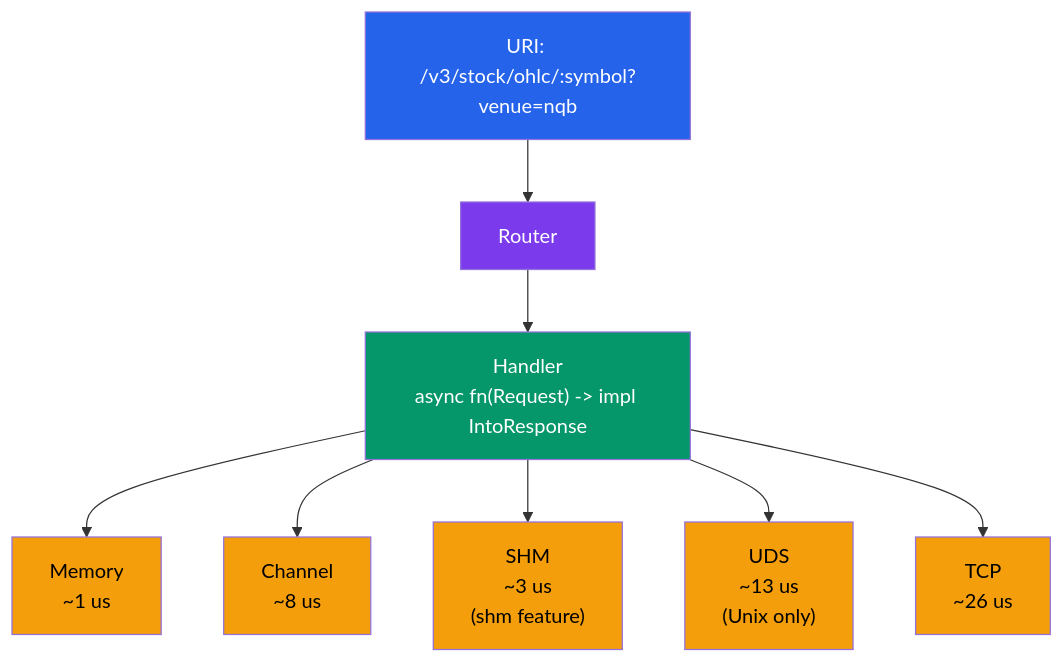
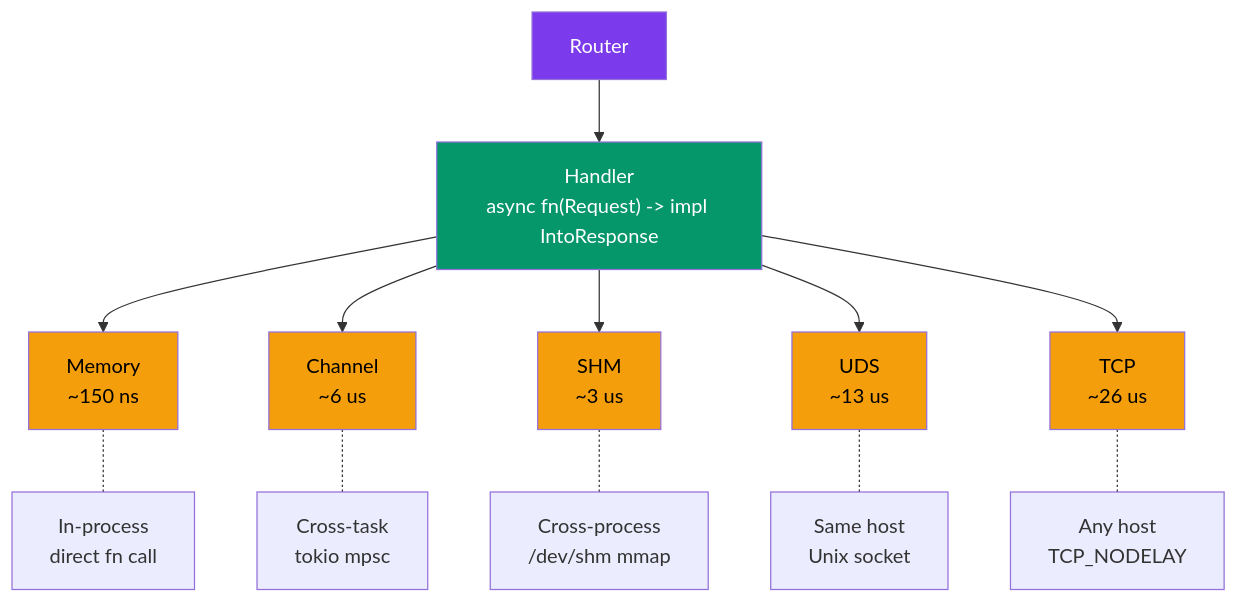
Before and after one commit to userFRM/crossbar: the first of 2 diagrams in README.md, drawn with Mermaid. The commit also changed other lines of this file and 3 other files, not shown here.

````diff
--- a/README.md
+++ b/README.md
@@ -32,20 +117,24 @@
 ```mermaid
 graph TD
-    URI["URI: /v3/stock/ohlc/:symbol?venue=nqb"]
-    URI --> Router
-    Router --> Handler["Handler<br/>async fn(Request) -> impl IntoResponse"]
-    Handler --> Memory["Memory<br/>~1 us"]
-    Handler --> Channel["Channel<br/>~8 us"]
-    Handler --> SHM["SHM<br/>~3 us<br/>(shm feature)"]
-    Handler --> UDS["UDS<br/>~13 us<br/>(Unix only)"]
-    Handler --> TCP["TCP<br/>~26 us"]
+    R["Router"] --> H["Handler<br>async fn(Request) -> impl IntoResponse"]
 
-    style URI fill:#2563eb,color:#fff
-    style Router fill:#7c3aed,color:#fff
-    style Handler fill:#059669,color:#fff
-    style Memory fill:#f59e0b,color:#000
-    style Channel fill:#f59e0b,color:#000
+    H --> M["Memory<br>~150 ns"]
+    H --> CH["Channel<br>~6 us"]
+    H --> SHM["SHM<br>~3 us"]
+    H --> UDS["UDS<br>~13 us"]
+    H --> TCP["TCP<br>~26 us"]
+
+    M -.- MP["In-process<br>direct fn call"]
+    CH -.- CP["Cross-task<br>tokio mpsc"]
+    SHM -.- SP["Cross-process<br>/dev/shm mmap"]
+    UDS -.- UP["Same host<br>Unix socket"]
+    TCP -.- TP["Any host<br>TCP_NODELAY"]
+
+    style R fill:#7c3aed,color:#fff
+    style H fill:#059669,color:#fff
+    style M fill:#f59e0b,color:#000
+    style CH fill:#f59e0b,color:#000
     style SHM fill:#f59e0b,color:#000
     style UDS fill:#f59e0b,color:#000
     style TCP fill:#f59e0b,color:#000
 ```
````
